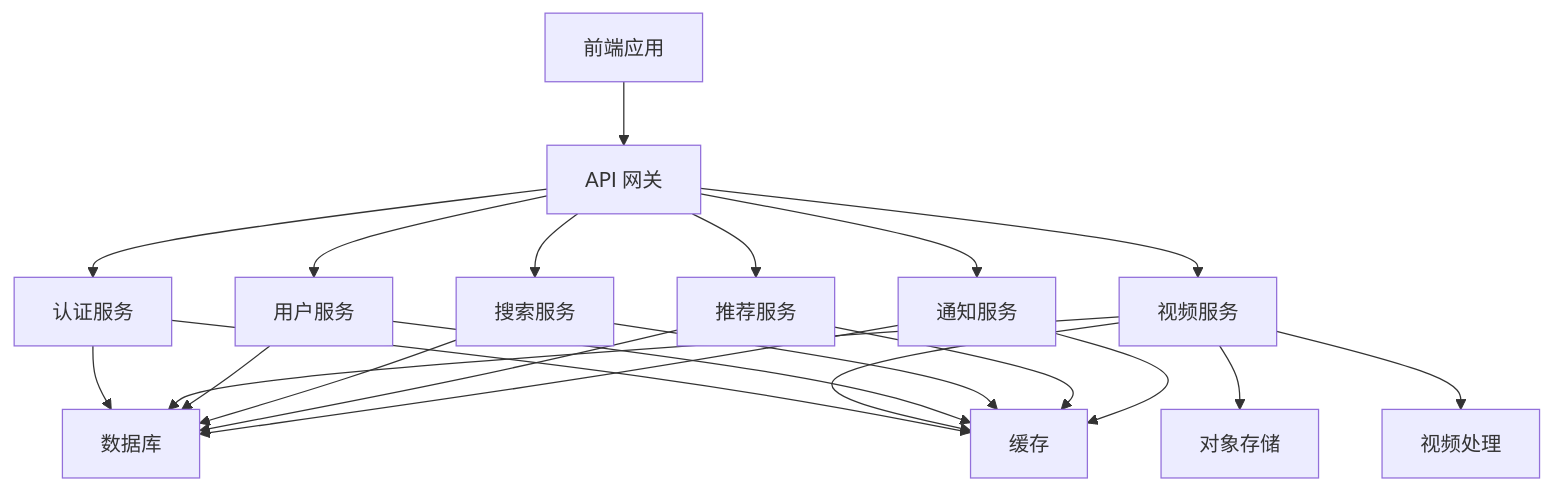
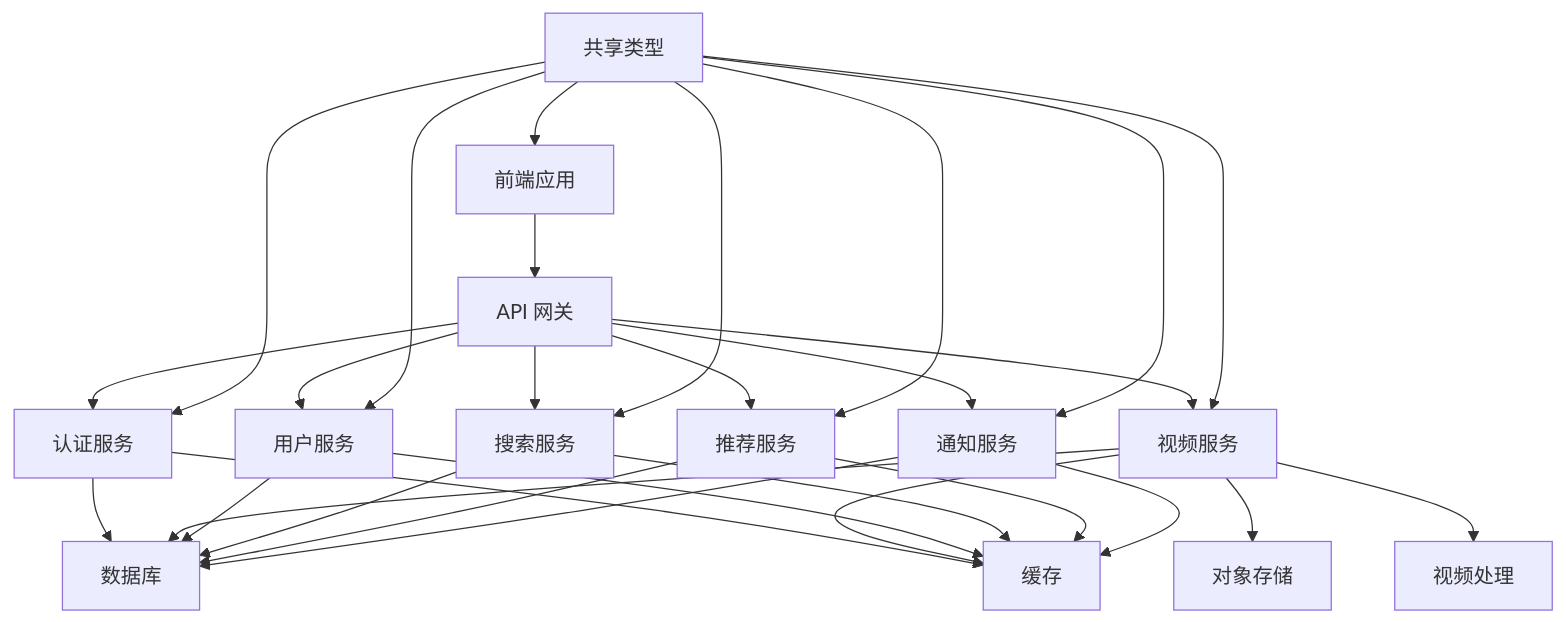
One commit to FightingTrip/atom-video changed the first of 2 diagrams in docs/technical/architecture.md. Above: the diagram before and after it, drawn with Mermaid. The commit also changed other lines of this file and 4 other files, not shown here.

````diff
--- a/docs/technical/architecture.md
+++ b/docs/technical/architecture.md
@@ -184,27 +314,35 @@
 ```mermaid
 graph TD
     A[前端应用] --> B[API 网关]
     B --> C[认证服务]
     B --> D[视频服务]
     B --> E[用户服务]
     B --> F[搜索服务]
     B --> G[推荐服务]
     B --> H[通知服务]
     
     C --> I[数据库]
     D --> I
     E --> I
     F --> I
     G --> I
     H --> I
     
     C --> J[缓存]
     D --> J
     E --> J
     F --> J
     G --> J
     H --> J
     
     D --> K[对象存储]
     D --> L[视频处理]
+    
+    M[共享类型] --> A
+    M --> C
+    M --> D
+    M --> E
+    M --> F
+    M --> G
+    M --> H
 ```
````
